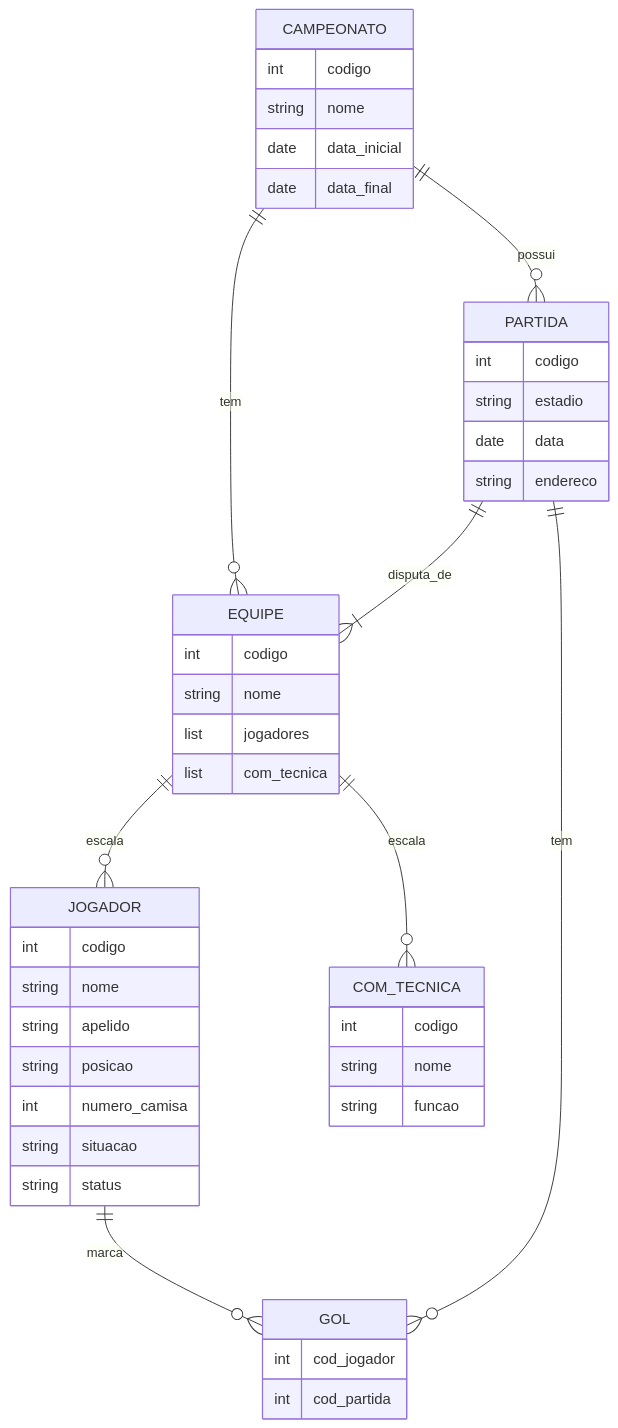
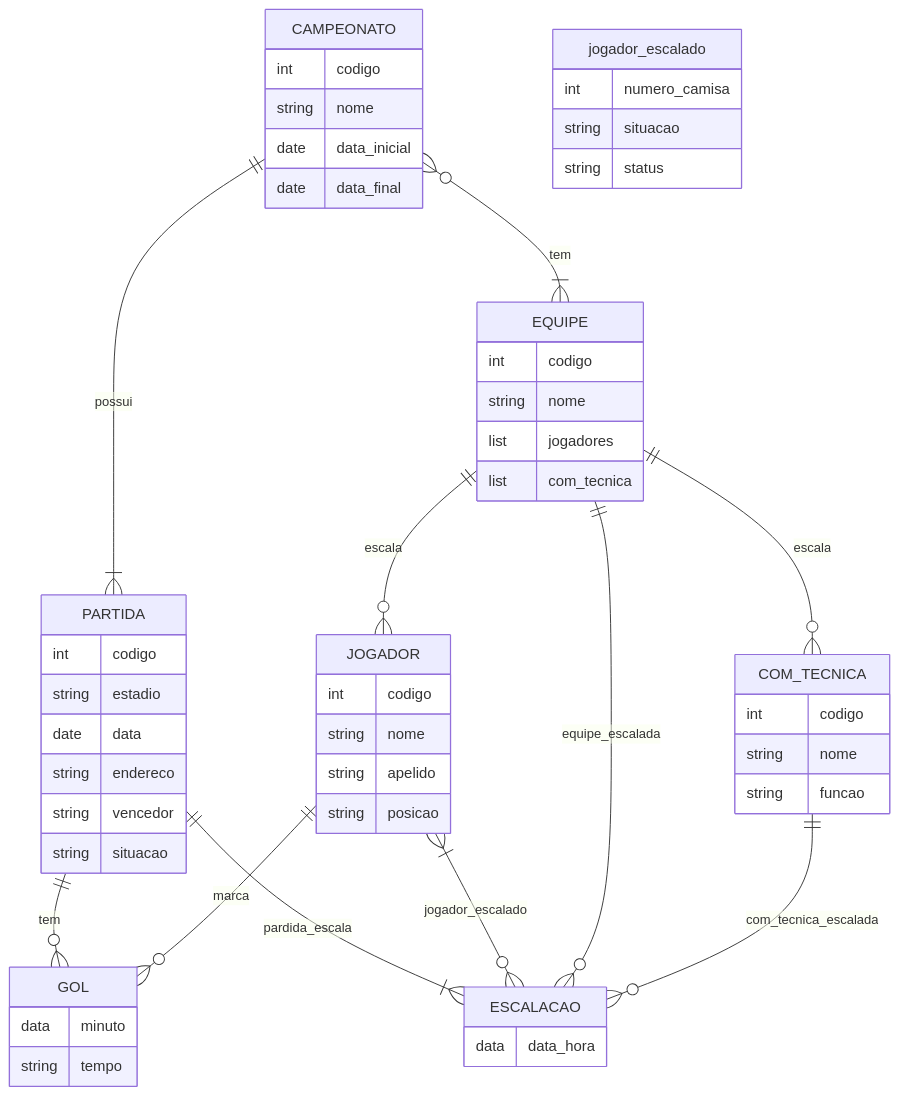
The diagram in modelos ER/BDcampeonato.md (DaniloMano/Banco-de-Dados), drawn with Mermaid before and after one commit.

Commit message:
corrreção do exemplo de campeonato

````diff
--- a/modelos ER/BDcampeonato.md
+++ b/modelos ER/BDcampeonato.md
@@ -10,61 +10,75 @@
 ```mermaid
 
 erDiagram
     %% Entidade Campeonato
     CAMPEONATO {
         int codigo
         string nome
         date data_inicial
         date data_final
     }
 
     %% Entidade Equipe
     EQUIPE {
         int codigo
         string nome
         list jogadores
         list com_tecnica
     }
 
+    %% Entidade Escalacao
+    ESCALACAO{
+        data data_hora
+    }
+
+    %% Entidade de ligação jogador escalado
+    jogador_escalado{
+        int numero_camisa
+        string situacao
+        string status
+    }
+
     %% Entidade Jogador
     JOGADOR {
         int codigo
         string nome
         string apelido
         string posicao
-        int numero_camisa
-        string situacao
-        string status
     }
 
     %% Entidade Membro da Comissão
     COM_TECNICA {
         int codigo
         string nome
         string funcao
     }
 
     %% Entidade Partida
     PARTIDA {
         int codigo
         string estadio
         date data
         string endereco
+        string vencedor
+        string situacao
     }
 
     %% Entidade Gol
     GOL {
-        int cod_jogador
-        int cod_partida
+        data minuto
+        string tempo
     }
 
     %% Relacionamentos
-    CAMPEONATO ||--o{ EQUIPE : tem
-    CAMPEONATO ||--o{ PARTIDA : possui
-    PARTIDA ||--|{ EQUIPE : disputa_de
+    CAMPEONATO o{--|{ EQUIPE : tem
+    CAMPEONATO ||--|{ PARTIDA : possui
     EQUIPE ||--o{ JOGADOR : escala
     EQUIPE ||--o{ COM_TECNICA : escala
     PARTIDA ||--o{ GOL : tem
     JOGADOR ||--o{ GOL : marca
+    PARTIDA || -- |{ESCALACAO: pardida_escala
+    JOGADOR |{ -- o{ESCALACAO: jogador_escalado
+    EQUIPE || -- o{ESCALACAO: equipe_escalada
+    COM_TECNICA || -- o{ESCALACAO: com_tecnica_escalada
 
 ```
````
